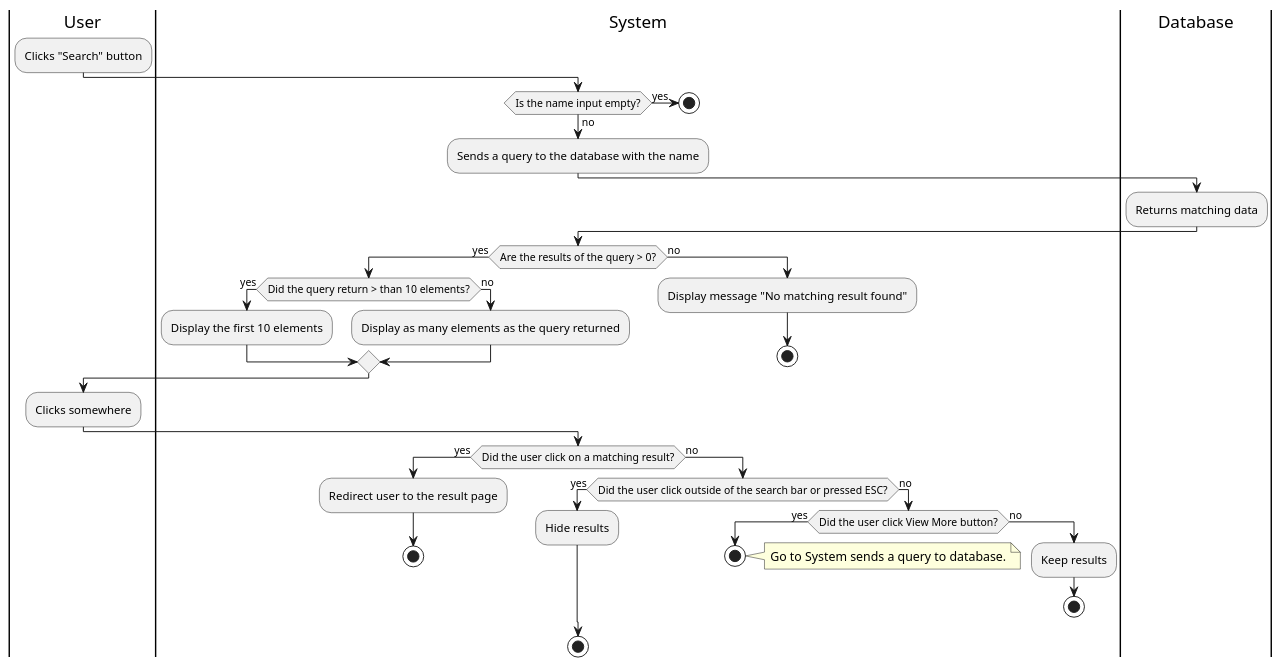
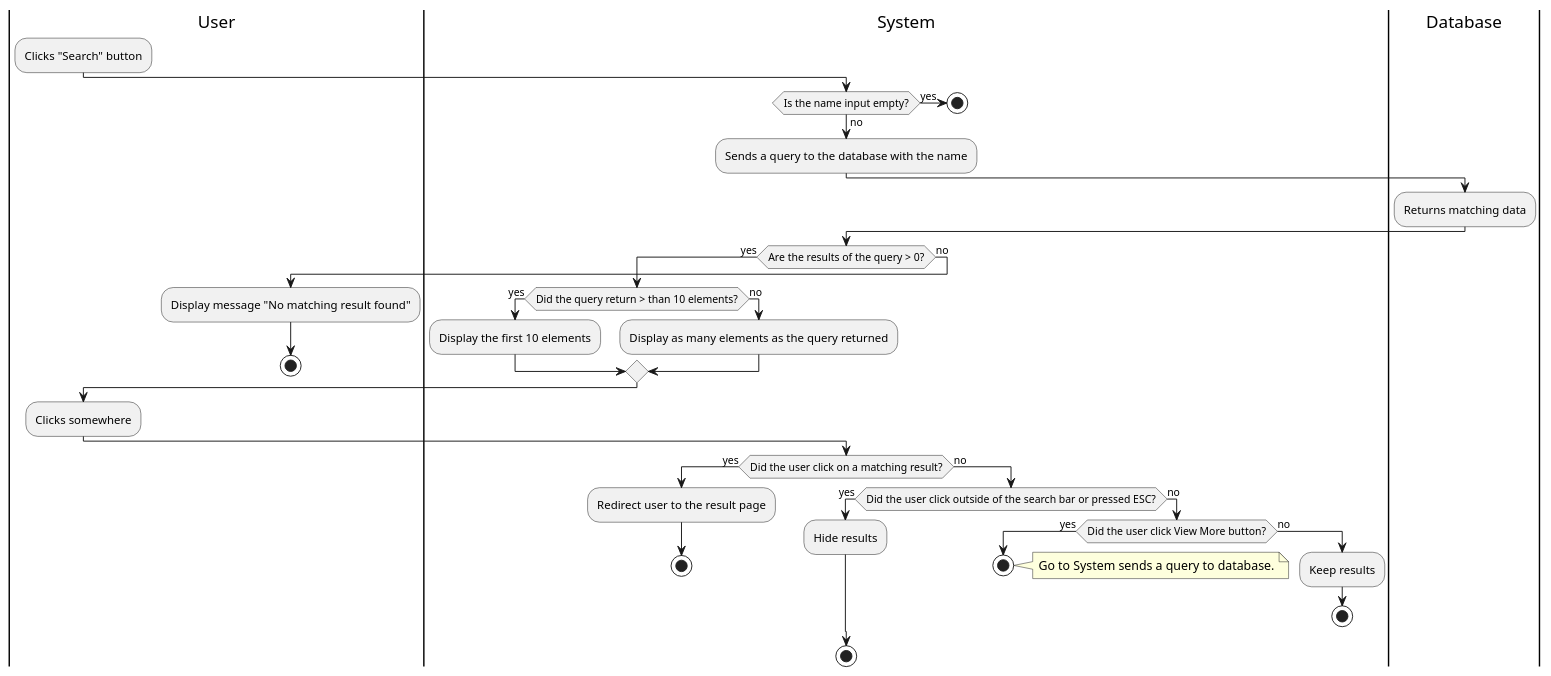
The diagram in documentation/activity_diagrams/HS-01-ActivityDiagram.puml (Berthou05/LimboSoftwareDevelopment_Change.org), drawn with PlantUML before and after one commit. The commit also changed 5 other files, not shown here.

```diff
--- a/documentation/activity_diagrams/HS-01-ActivityDiagram.puml
+++ b/documentation/activity_diagrams/HS-01-ActivityDiagram.puml
@@ -1,52 +1,53 @@
 @startuml
 
 |User|
 :Clicks "Search" button;
 
 |System|
 if(Is the name input empty?) is (yes) then
     stop
 else(no)
     |System|
     :Sends a query to the database with the name;
 end if
 |Database|
 :Returns matching data;
 |System|
 if(Are the results of the query > 0?) is (yes) then
     if(Did the query return > than 10 elements?) is(yes) then
         :Display the first 10 elements;
     else(no)
         :Display as many elements as the query returned;    
     end if
 else(no)
+|User|
 :Display message "No matching result found";
 stop
 end if
 
 |User|
 :Clicks somewhere;
 
 |System|
 if(Did the user click on a matching result?) is (yes) then
     :Redirect user to the result page;
     stop
 else (no)
     if(Did the user click outside of the search bar or pressed ESC?) is (yes) then
         :Hide results;
     else(no)
         if(Did the user click View More button?) is (yes) then
             stop
             note right
             Go to System sends a query to database.
             end note
         else(no)
             :Keep results;
             stop
         end if
     end if
 end if
 stop
 
 
 @enduml
```
